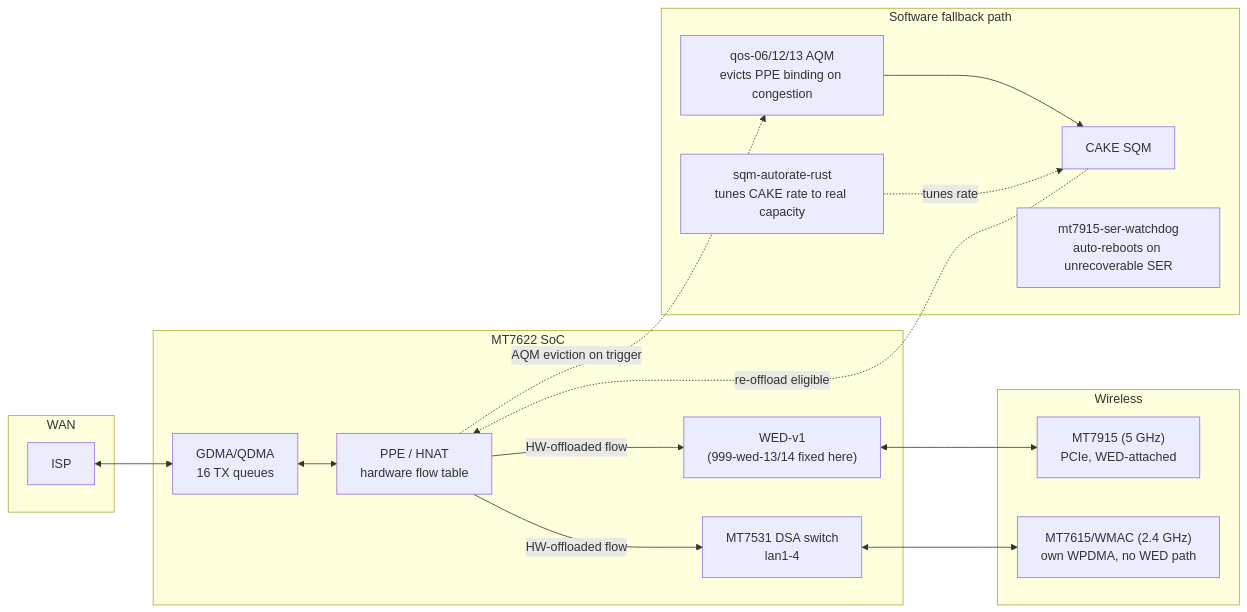
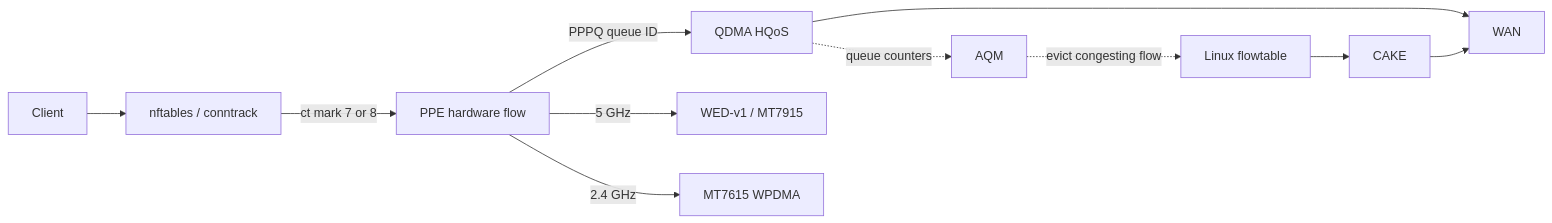
The diagram in docs/README.md (pattyboi/openwrt), drawn with Mermaid before and after one commit. The commit also changed other lines of this file and 24 other files, not shown here.

````diff
--- a/docs/README.md
+++ b/docs/README.md
@@ -206,33 +177,13 @@
 ```mermaid
 flowchart LR
-    subgraph WAN["WAN"]
-        ISP[ISP]
-    end
-    subgraph SoC["MT7622 SoC"]
-        GDMA[GDMA/QDMA<br/>16 TX queues]
-        PPE[PPE / HNAT<br/>hardware flow table]
-        WED["WED-v1<br/>(999-wed-13/14 fixed here)"]
-        DSA["MT7531 DSA switch<br/>lan1-4"]
-    end
-    subgraph Wireless["Wireless"]
-        MT7915["MT7915 (5 GHz)<br/>PCIe, WED-attached"]
-        MT7615["MT7615/WMAC (2.4 GHz)<br/>own WPDMA, no WED path"]
-    end
-    subgraph Soft["Software fallback path"]
-        CAKE[CAKE SQM]
-        AQM["qos-06/12/13 AQM<br/>evicts PPE binding on congestion"]
-        AUTORATE["sqm-autorate-rust<br/>tunes CAKE rate to real capacity"]
-        SERWD["mt7915-ser-watchdog<br/>auto-reboots on unrecoverable SER"]
-    end
-
-    ISP <--> GDMA
-    GDMA <--> PPE
-    PPE -- "HW-offloaded flow" --> WED
-    PPE -- "HW-offloaded flow" --> DSA
-    WED <--> MT7915
-    DSA <--> MT7615
-    PPE -. "AQM eviction on trigger" .-> AQM
-    AQM --> CAKE
-    AUTORATE -. "tunes rate" .-> CAKE
-    CAKE -. "re-offload eligible" .-> PPE
+    Client --> FW["nftables / conntrack"]
+    FW -->|"ct mark 7 or 8"| PPE["PPE hardware flow"]
+    PPE -->|"PPPQ queue ID"| HQ["QDMA HQoS"]
+    HQ --> WAN
+    HQ -. "queue counters" .-> AQM
+    AQM -. "evict congesting flow" .-> FLOW["Linux flowtable"]
+    FLOW --> CAKE
+    CAKE --> WAN
+    PPE -->|"5 GHz"| WED["WED-v1 / MT7915"]
+    PPE -->|"2.4 GHz"| WMAC["MT7615 WPDMA"]
 ```
````
